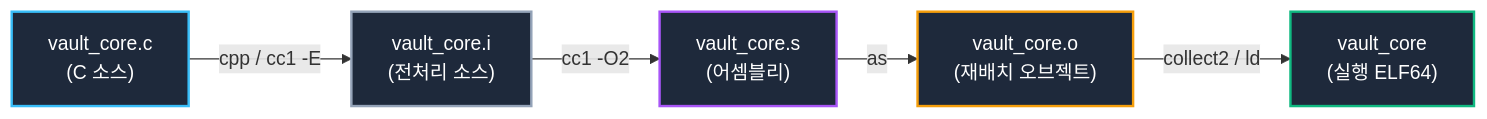
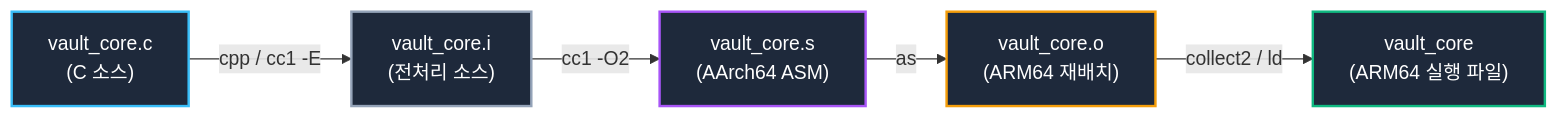
One commit to auking45/linux-kernel-hardening-lab changed the diagram in docs/ko/principles/06-compilation-and-elf.md. Above: the diagram before and after it, drawn with Mermaid. The commit also changed other lines of this file and 23 other files, not shown here.

First line of the commit message:
feat(principles): transition labs 06-09 and docs to AArch64 default dual architecture

````diff
--- a/docs/ko/principles/06-compilation-and-elf.md
+++ b/docs/ko/principles/06-compilation-and-elf.md
@@ -30,13 +31,13 @@
 ```mermaid
 flowchart LR
     A["vault_core.c<br/>(C 소스)"] -->|cpp / cc1 -E| B["vault_core.i<br/>(전처리 소스)"]
-    B -->|cc1 -O2| C["vault_core.s<br/>(어셈블리)"]
-    C -->|as| D["vault_core.o<br/>(재배치 오브젝트)"]
-    D -->|collect2 / ld| E["vault_core<br/>(실행 ELF64)"]
+    B -->|cc1 -O2| C["vault_core.s<br/>(AArch64 ASM)"]
+    C -->|as| D["vault_core.o<br/>(ARM64 재배치)"]
+    D -->|collect2 / ld| E["vault_core<br/>(ARM64 실행 파일)"]
 
     style A fill:#1e293b,stroke:#38bdf8,stroke-width:2px,color:#fff
     style B fill:#1e293b,stroke:#94a3b8,stroke-width:2px,color:#fff
     style C fill:#1e293b,stroke:#a855f7,stroke-width:2px,color:#fff
     style D fill:#1e293b,stroke:#f59e0b,stroke-width:2px,color:#fff
     style E fill:#1e293b,stroke:#10b981,stroke-width:2px,color:#fff
 ```
````
